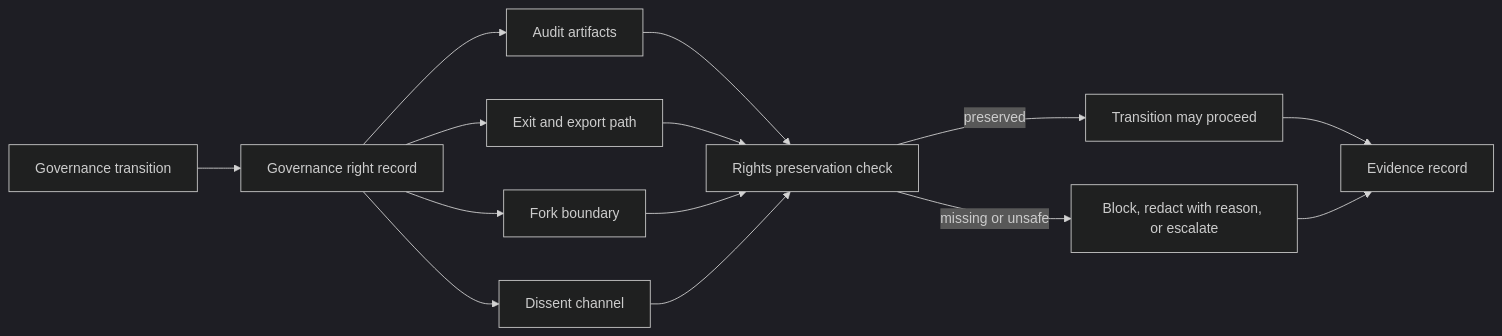
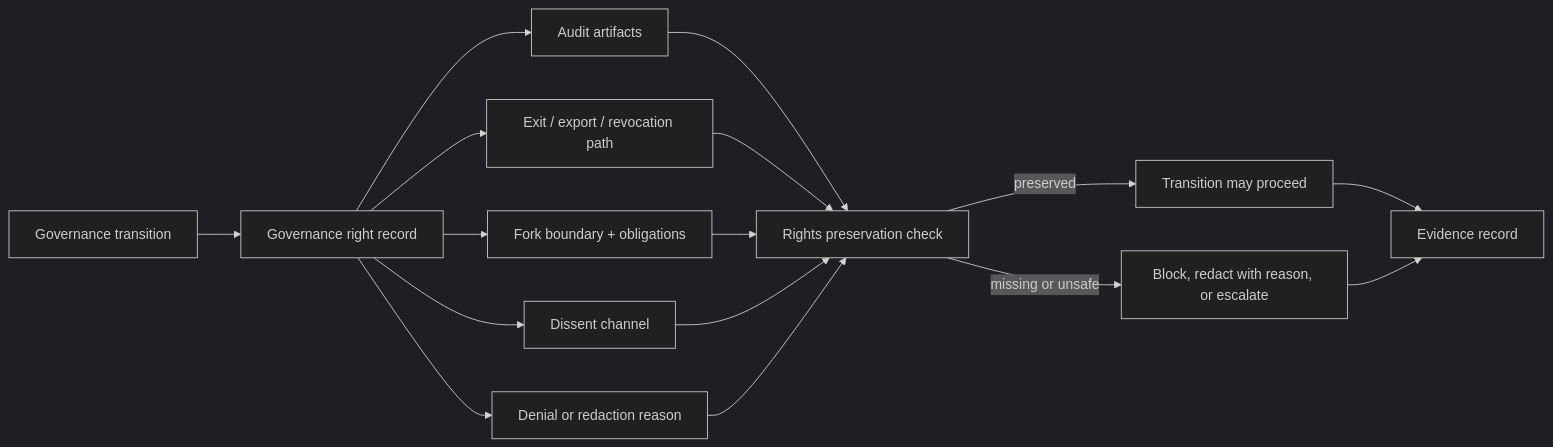
One commit to corbensorenson/asi-stack-book changed the diagram in chapters/governance-rights-fork-exit-and-audit.qmd. Above: the diagram before and after it, drawn with Mermaid (dark theme). The commit also changed other lines of this file and 6 other files, not shown here.

````diff
--- a/chapters/governance-rights-fork-exit-and-audit.qmd
+++ b/chapters/governance-rights-fork-exit-and-audit.qmd
@@ -94,16 +94,18 @@
 ```{mermaid}
 flowchart LR
   Transition["Governance transition"] --> Right["Governance right record"]
   Right --> Audit["Audit artifacts"]
-  Right --> Exit["Exit and export path"]
-  Right --> Fork["Fork boundary"]
+  Right --> Exit["Exit / export / revocation path"]
+  Right --> Fork["Fork boundary + obligations"]
   Right --> Dissent["Dissent channel"]
+  Right --> Redaction["Denial or redaction reason"]
   Audit --> Check["Rights preservation check"]
   Exit --> Check
   Fork --> Check
   Dissent --> Check
+  Redaction --> Check
   Check -->|preserved| Promote["Transition may proceed"]
   Check -->|missing or unsafe| Block["Block, redact with reason, or escalate"]
   Promote --> Evidence["Evidence record"]
   Block --> Evidence
 ```
````
